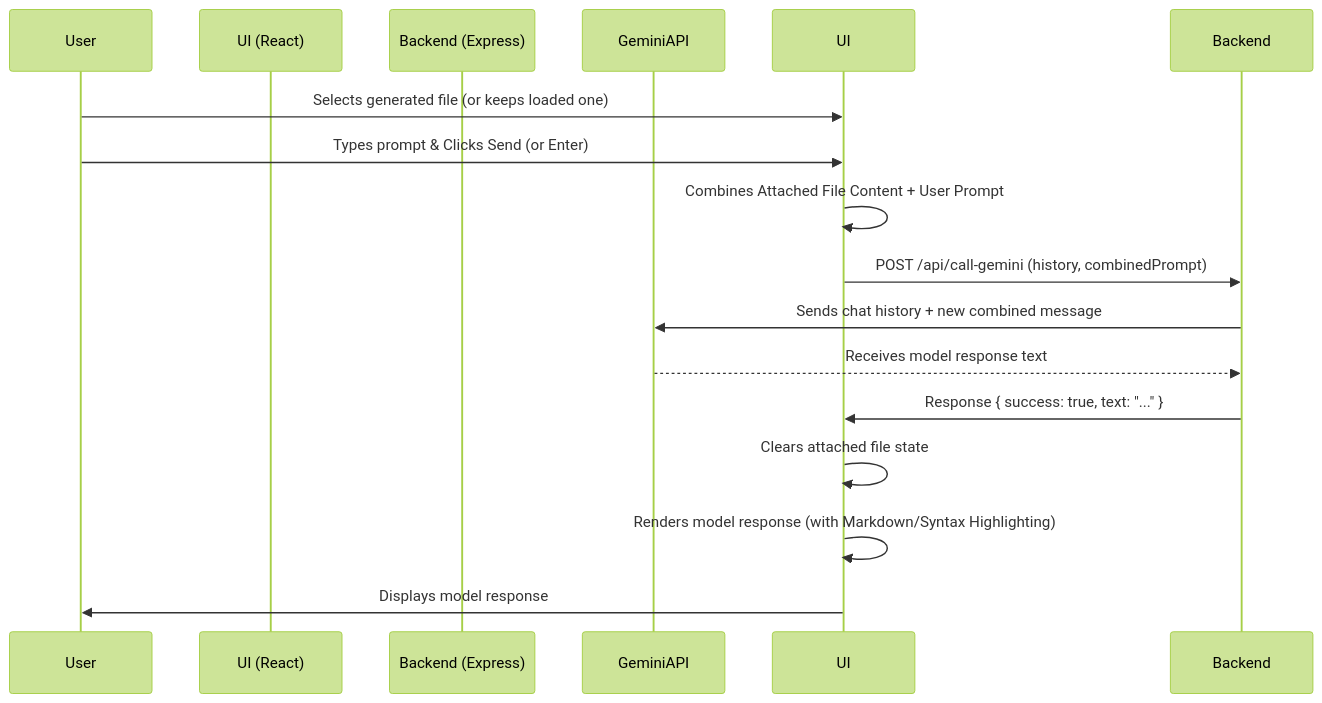
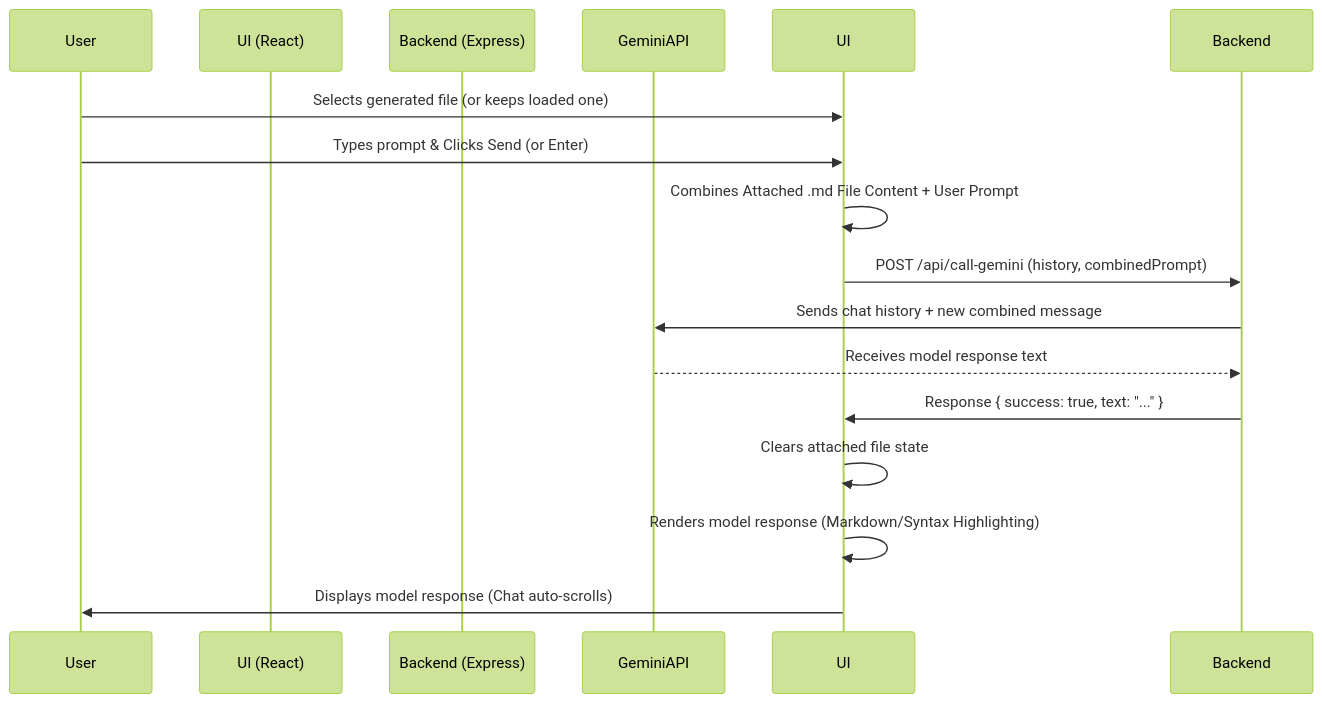
The third of 3 diagrams in README.md (jesseburstrom/repo-chat), drawn with Mermaid (forest theme) before and after one commit.

````diff
--- a/README.md
+++ b/README.md
@@ -107,18 +107,18 @@
 ```mermaid
 sequenceDiagram
     participant User
     participant UI (React)
     participant Backend (Express)
     participant GeminiAPI
 
     User->>UI: Selects generated file (or keeps loaded one)
     User->>UI: Types prompt & Clicks Send (or Enter)
-    UI->>UI: Combines Attached File Content + User Prompt
+    UI->>UI: Combines Attached .md File Content + User Prompt
     UI->>Backend: POST /api/call-gemini (history, combinedPrompt)
     Backend->>GeminiAPI: Sends chat history + new combined message
     GeminiAPI-->>Backend: Receives model response text
     Backend->>UI: Response { success: true, text: "..." }
     UI->>UI: Clears attached file state
-    UI->>UI: Renders model response (with Markdown/Syntax Highlighting)
-    UI->>User: Displays model response
+    UI->>UI: Renders model response (Markdown/Syntax Highlighting)
+    UI->>User: Displays model response (Chat auto-scrolls)
 ```
````
